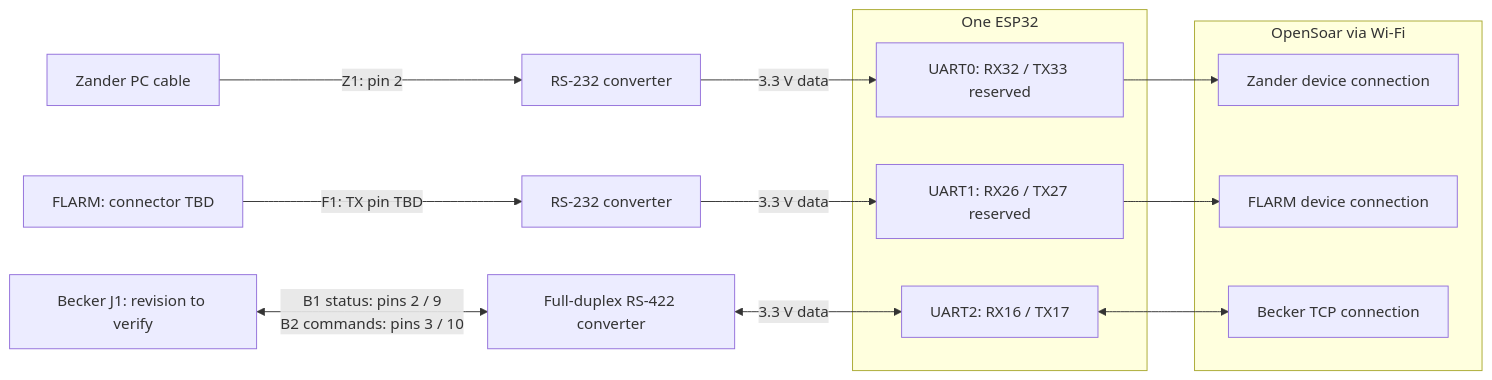
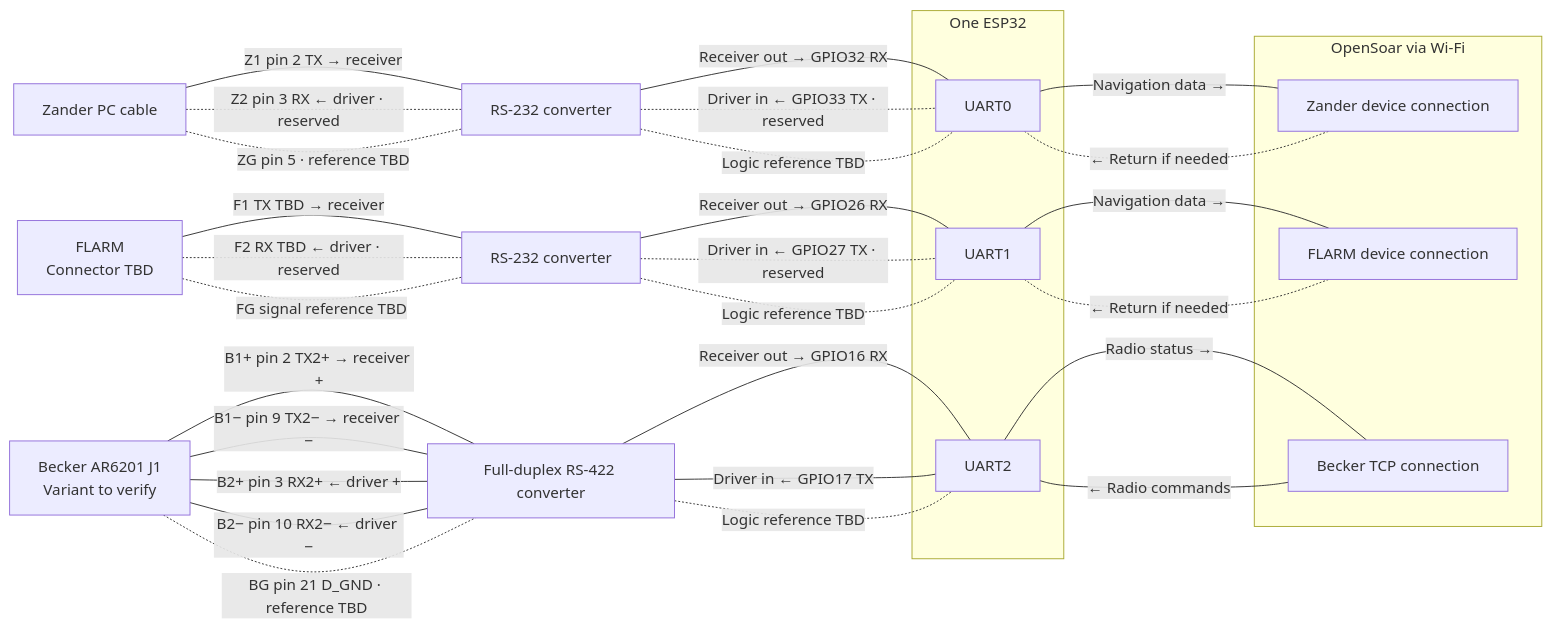
Before and after one commit to MomoRC-tech/Becker-AR6201-to-OpenSoar: the first of 2 diagrams in docs/connections.md, drawn with Mermaid. The commit also changed other lines of this file, not shown here.

Commit message:
Show individual signals in the connection diagram

````diff
--- a/docs/connections.md
+++ b/docs/connections.md
@@ -11,22 +11,48 @@
 ```mermaid
 flowchart LR
-    Z["Zander PC cable"] -->|Z1: pin 2| ZC["RS-232 converter"]
-    F["FLARM: connector TBD"] -->|F1: TX pin TBD| FC["RS-232 converter"]
-    B["Becker J1: revision to verify"] <-->|B1 status: pins 2 / 9<br/>B2 commands: pins 3 / 10| BC["Full-duplex RS-422 converter"]
+    Z["Zander PC cable"]
+    F["FLARM<br/>Connector TBD"]
+    B["Becker AR6201 J1<br/>Variant to verify"]
+    ZC["RS-232 converter"]
+    FC["RS-232 converter"]
+    BC["Full-duplex RS-422 converter"]
     subgraph ESP["One ESP32"]
-        U0["UART0: RX32 / TX33 reserved"]
-        U1["UART1: RX26 / TX27 reserved"]
-        U2["UART2: RX16 / TX17"]
+        U0["UART0"]
+        U1["UART1"]
+        U2["UART2"]
     end
-    ZC -->|3.3 V data| U0
-    FC -->|3.3 V data| U1
-    BC <-->|3.3 V data| U2
     subgraph OS["OpenSoar via Wi-Fi"]
         NZ["Zander device connection"]
         NF["FLARM device connection"]
         RB["Becker TCP connection"]
     end
-    U0 --> NZ
-    U1 --> NF
-    U2 <--> RB
+
+    Z ---|"Z1 pin 2 TX → receiver"| ZC
+    Z -.-|"Z2 pin 3 RX ← driver · reserved"| ZC
+    Z -.-|"ZG pin 5 · reference TBD"| ZC
+    ZC ---|"Receiver out → GPIO32 RX"| U0
+    ZC -.-|"Driver in ← GPIO33 TX · reserved"| U0
+    ZC -.-|"Logic reference TBD"| U0
+    U0 ---|"Navigation data →"| NZ
+    U0 -.-|"← Return if needed"| NZ
+
+    F ---|"F1 TX TBD → receiver"| FC
+    F -.-|"F2 RX TBD ← driver · reserved"| FC
+    F -.-|"FG signal reference TBD"| FC
+    FC ---|"Receiver out → GPIO26 RX"| U1
+    FC -.-|"Driver in ← GPIO27 TX · reserved"| U1
+    FC -.-|"Logic reference TBD"| U1
+    U1 ---|"Navigation data →"| NF
+    U1 -.-|"← Return if needed"| NF
+
+    B ---|"B1+ pin 2 TX2+ → receiver +"| BC
+    B ---|"B1− pin 9 TX2− → receiver −"| BC
+    B ---|"B2+ pin 3 RX2+ ← driver +"| BC
+    B ---|"B2− pin 10 RX2− ← driver −"| BC
+    B -.-|"BG pin 21 D_GND · reference TBD"| BC
+    BC ---|"Receiver out → GPIO16 RX"| U2
+    BC ---|"Driver in ← GPIO17 TX"| U2
+    BC -.-|"Logic reference TBD"| U2
+    U2 ---|"Radio status →"| RB
+    U2 ---|"← Radio commands"| RB
 ```
````
